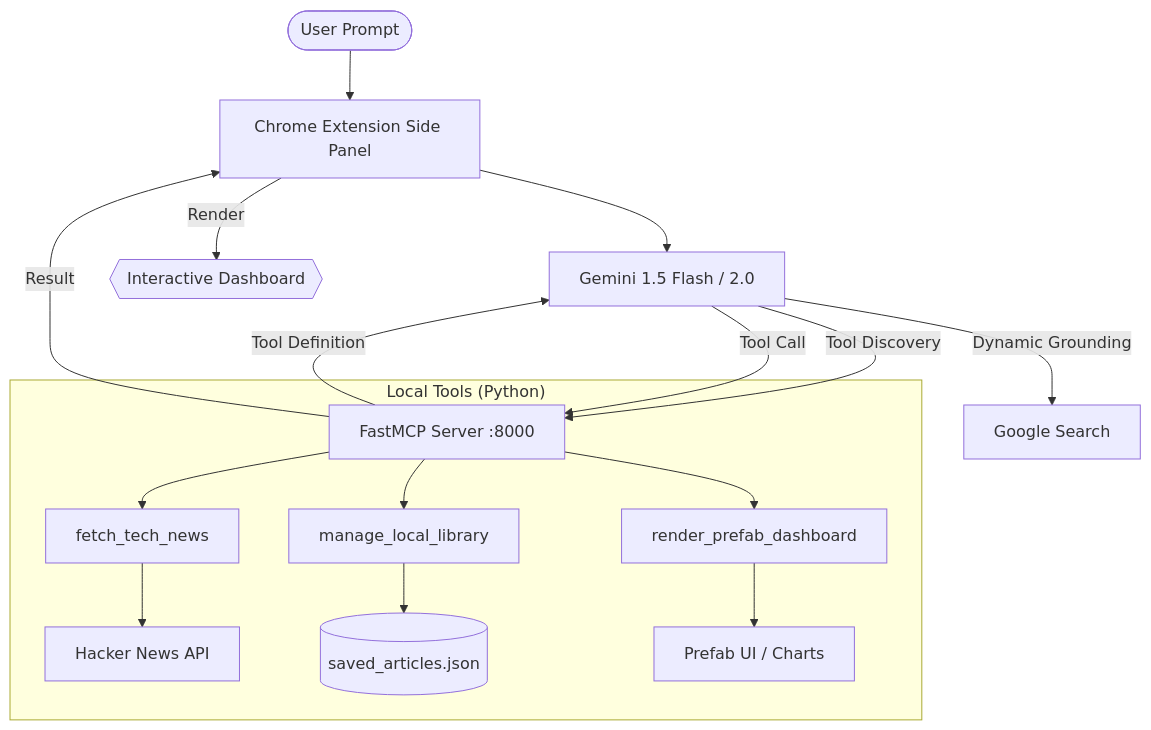
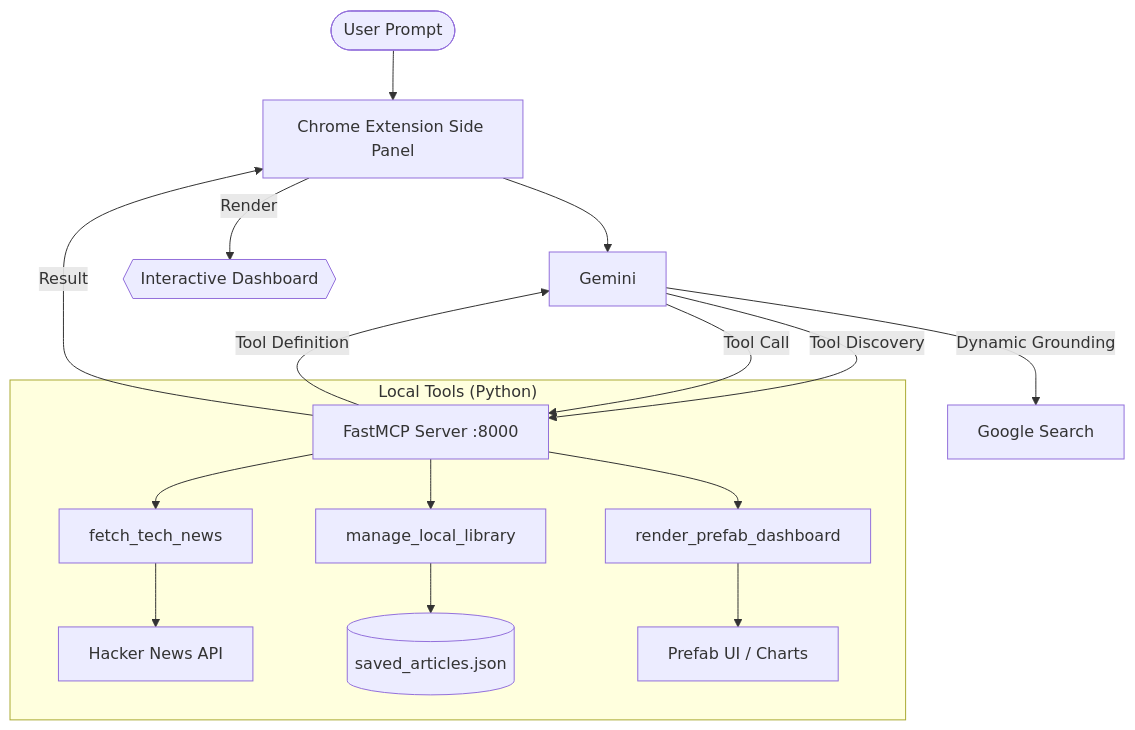
The diagram in README.md (swapniel99/intel-agent), drawn with Mermaid before and after one commit. The commit also changed other lines of this file, not shown here.

Commit message:
docs: simplify Gemini model version references in README diagrams and descriptions

````diff
--- a/README.md
+++ b/README.md
@@ -21,21 +21,21 @@
 ```mermaid
 graph TD
     User([User Prompt]) --> Extension[Chrome Extension Side Panel]
-    Extension --> Gemini[Gemini 1.5 Flash / 2.0]
+    Extension --> Gemini
     Gemini -- Tool Discovery --> FastMCP[FastMCP Server :8000]
     FastMCP -- Tool Definition --> Gemini
-    
+
     subgraph "Local Tools (Python)"
         FastMCP --> T1[fetch_tech_news]
         FastMCP --> T2[manage_local_library]
         FastMCP --> T3[render_prefab_dashboard]
         T1 --> HN[Hacker News API]
         T2 --> JSON[(saved_articles.json)]
         T3 --> Prefab[Prefab UI / Charts]
     end
 
     Gemini -- Dynamic Grounding --> Google[Google Search]
     Gemini -- Tool Call --> FastMCP
     FastMCP -- Result --> Extension
     Extension -- Render --> Dashboard{{Interactive Dashboard}}
 ```
````
